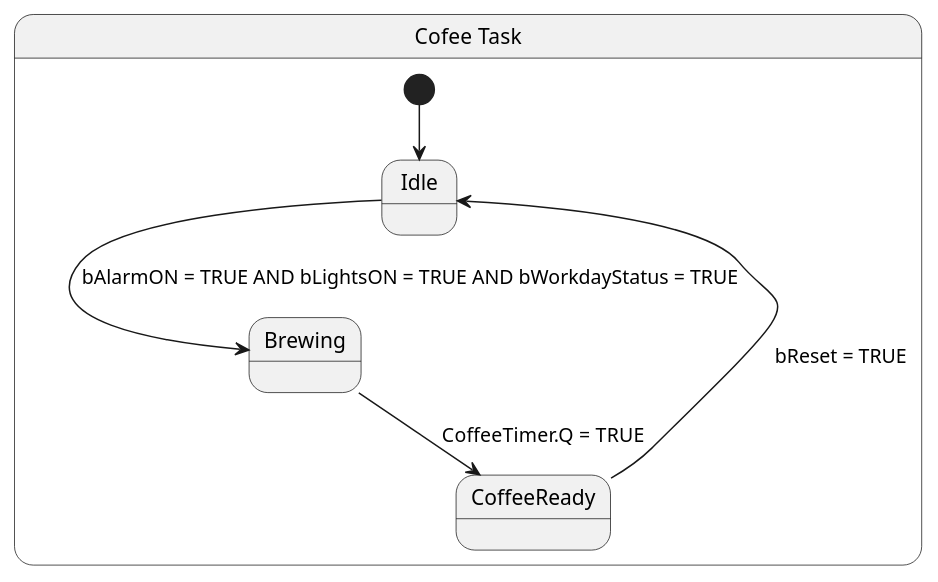
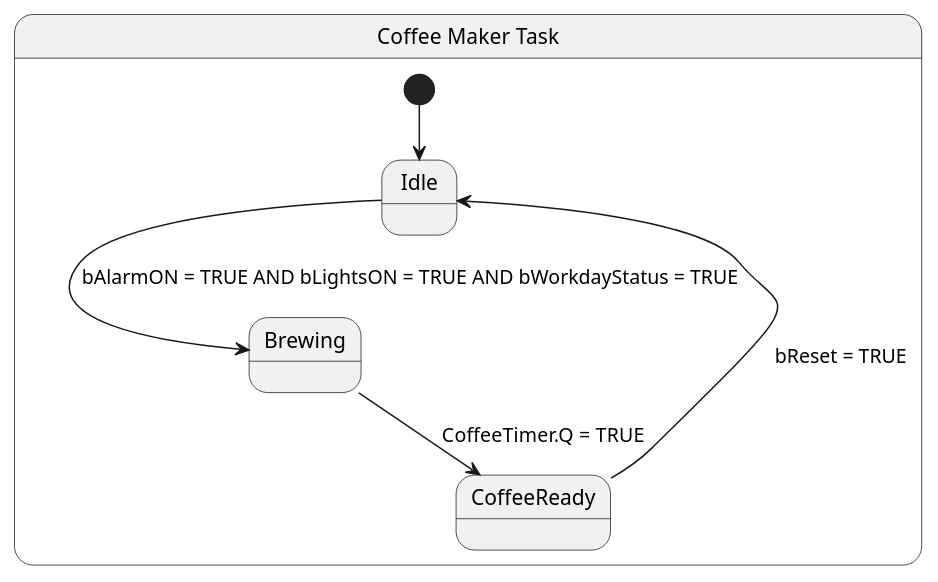
Before and after one commit to MilanOudeNijeweme/Individual-Assignment-MilanON: the diagram in Coffee_State_Diagram.puml, drawn with PlantUML. The commit also changed 3 other files, not shown here.

Commit message:
Improved the diagrams

```diff
--- a/Coffee_State_Diagram.puml
+++ b/Coffee_State_Diagram.puml
@@ -1,9 +1,9 @@
 @startuml Coffee_State_Diagram
-State "Cofee Task" as CoffeeTask {
+State "Coffee Maker Task" as CoffeeTask {
 [*] --> Idle 
 Idle--> Brewing : bAlarmON = TRUE AND bLightsON = TRUE AND bWorkdayStatus = TRUE
 Brewing --> CoffeeReady : CoffeeTimer.Q = TRUE
 CoffeeReady --> Idle : bReset = TRUE
 }
 
 @enduml
```
